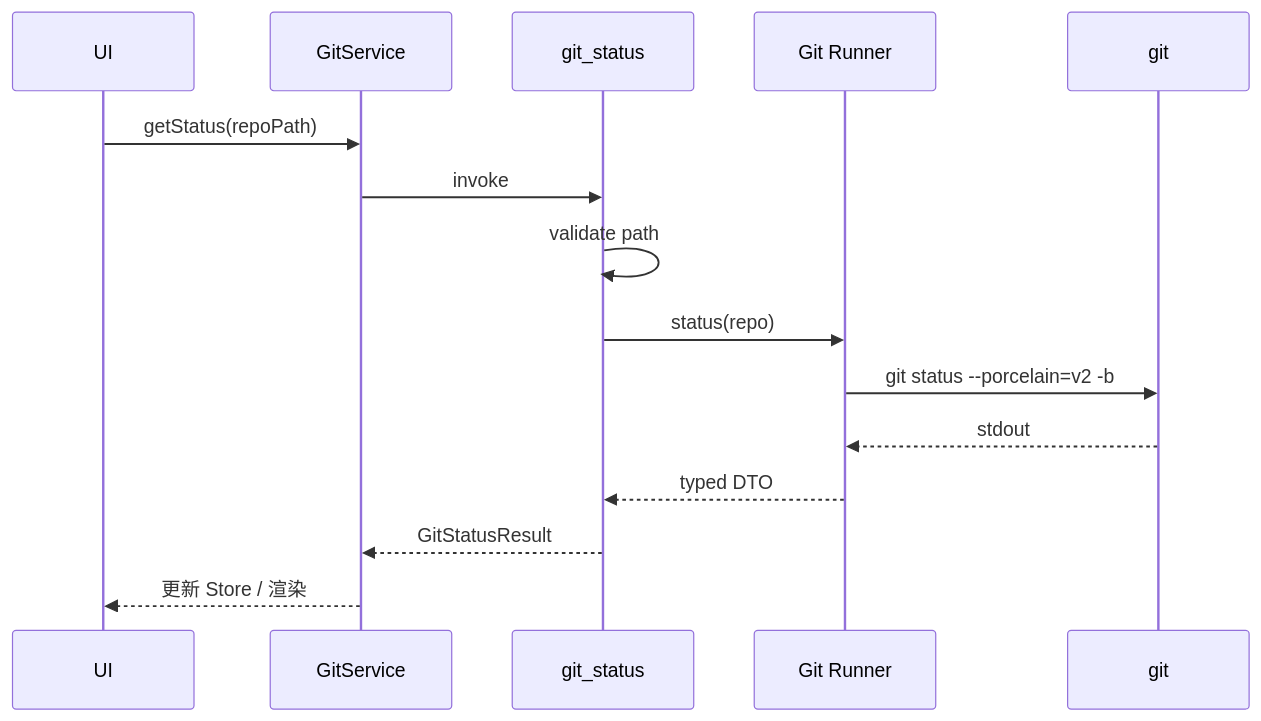
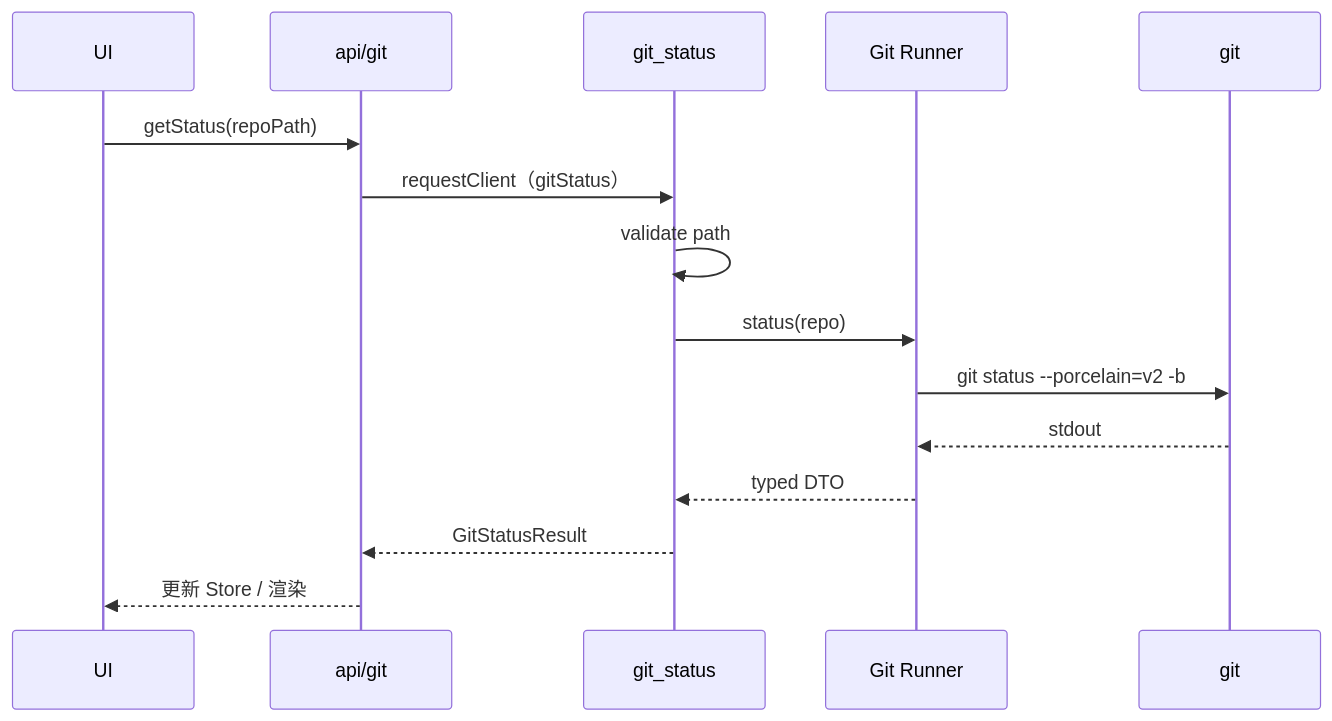
Before and after one commit to DonutGeek/jl-git: the second of 2 diagrams in docs/architecture/overview.md, drawn with Mermaid. The commit also changed other lines of this file and 67 other files, not shown here.

````diff
--- a/docs/architecture/overview.md
+++ b/docs/architecture/overview.md
@@ -133,17 +129,17 @@
 ```mermaid
 sequenceDiagram
   participant U as UI
-  participant S as GitService
+  participant A as api/git
   participant C as git_status
   participant R as Git Runner
   participant G as git
-  U->>S: getStatus(repoPath)
-  S->>C: invoke
+  U->>A: getStatus(repoPath)
+  A->>C: requestClient（gitStatus）
   C->>C: validate path
   C->>R: status(repo)
   R->>G: git status --porcelain=v2 -b
   G-->>R: stdout
   R-->>C: typed DTO
-  C-->>S: GitStatusResult
-  S-->>U: 更新 Store / 渲染
+  C-->>A: GitStatusResult
+  A-->>U: 更新 Store / 渲染
 ```
````
